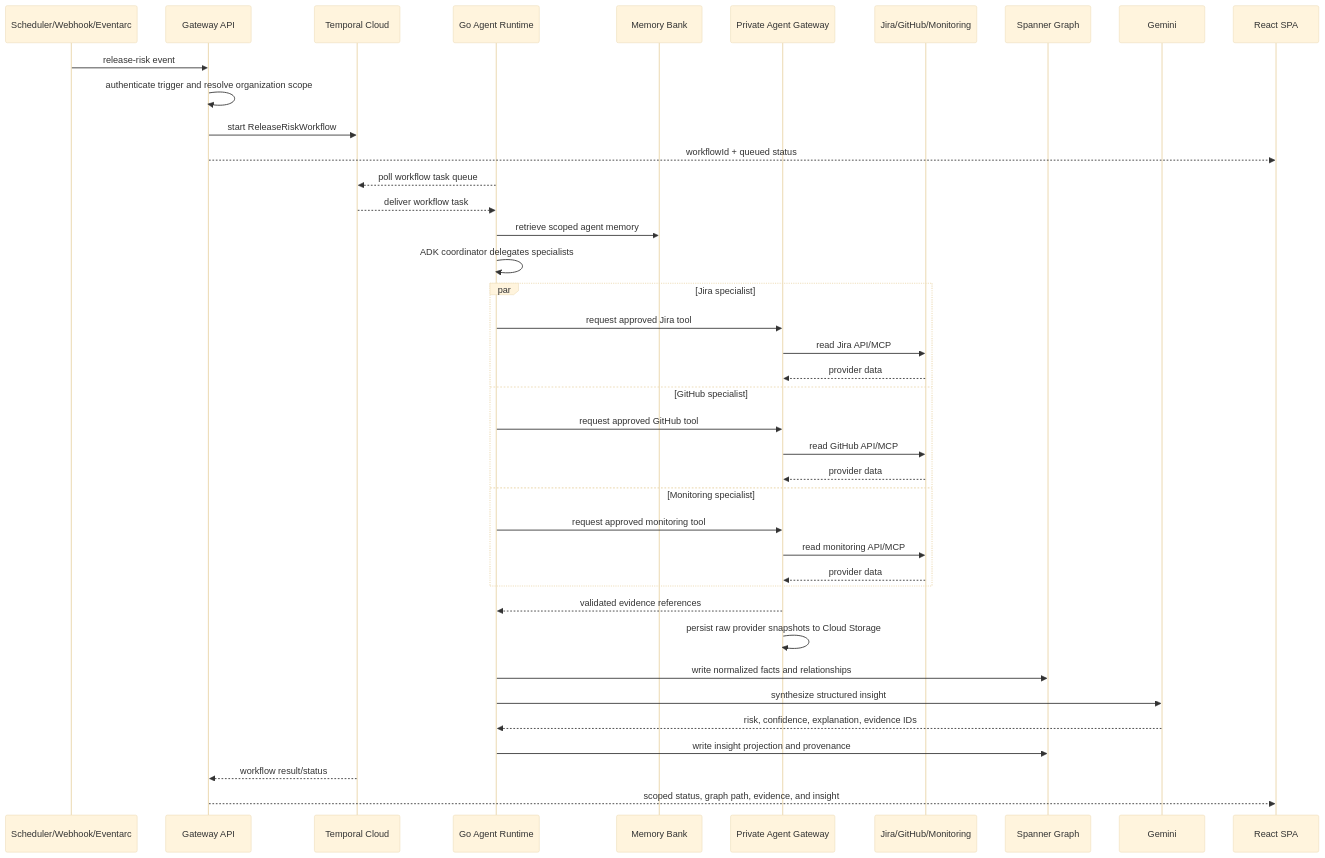
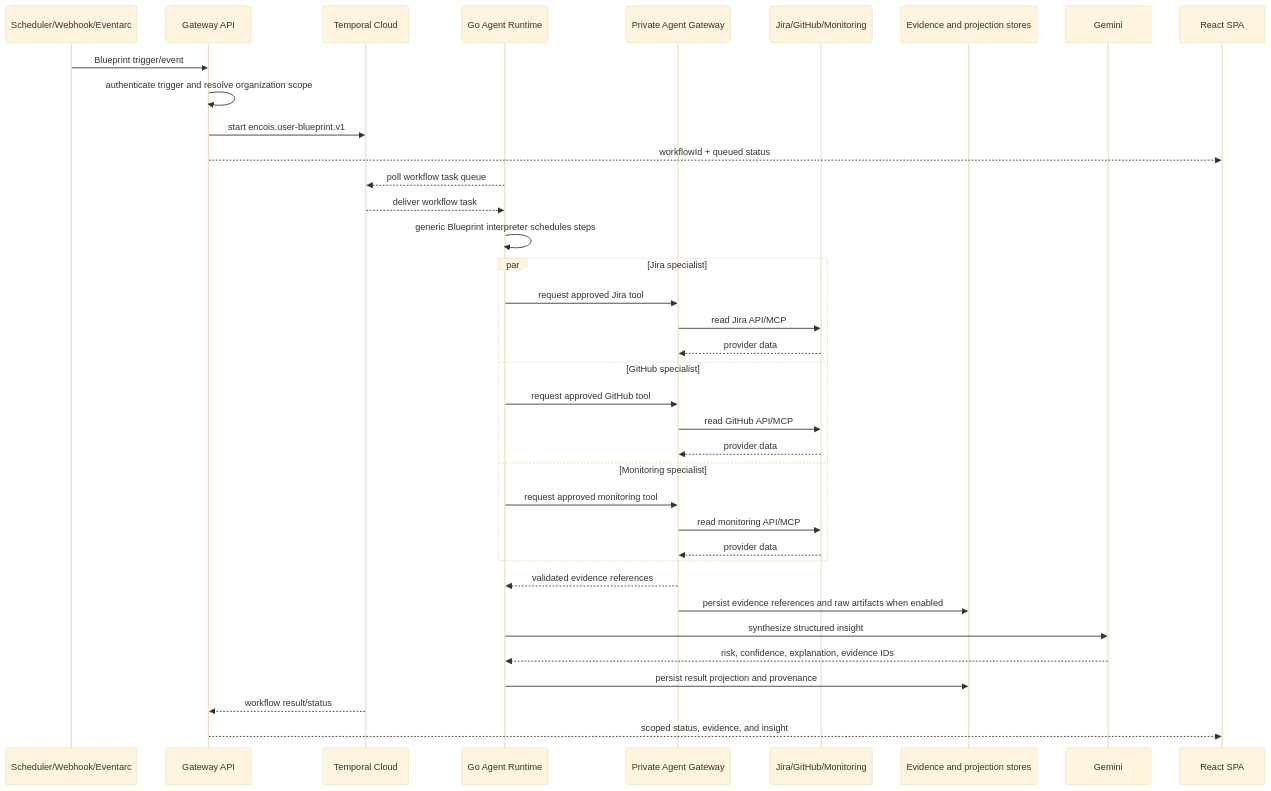
One commit to andriishupta/encois changed the second of 3 diagrams in docs/flows.md. Above: the diagram before and after it, drawn with Mermaid (base theme). The commit also changed other lines of this file and 59 other files, not shown here.

````diff
--- a/docs/flows.md
+++ b/docs/flows.md
@@ -157,45 +162,42 @@
 ```mermaid
 sequenceDiagram
     participant Trigger as Scheduler/Webhook/Eventarc
     participant API as Gateway API
     participant Temporal as Temporal Cloud
     participant Runtime as Go Agent Runtime
-    participant Memory as Memory Bank
     participant Gateway as Private Agent Gateway
     participant Sources as Jira/GitHub/Monitoring
-    participant Graph as Spanner Graph
+    participant Data as Evidence and projection stores
     participant Gemini as Gemini
     participant UI as React SPA
 
-    Trigger->>API: release-risk event
+    Trigger->>API: Blueprint trigger/event
     API->>API: authenticate trigger and resolve organization scope
-    API->>Temporal: start ReleaseRiskWorkflow
+    API->>Temporal: start encois.user-blueprint.v1
     API-->>UI: workflowId + queued status
     Runtime-->>Temporal: poll workflow task queue
     Temporal-->>Runtime: deliver workflow task
-    Runtime->>Memory: retrieve scoped agent memory
-    Runtime->>Runtime: ADK coordinator delegates specialists
+    Runtime->>Runtime: generic Blueprint interpreter schedules steps
 
     par Jira specialist
         Runtime->>Gateway: request approved Jira tool
         Gateway->>Sources: read Jira API/MCP
         Sources-->>Gateway: provider data
     and GitHub specialist
         Runtime->>Gateway: request approved GitHub tool
         Gateway->>Sources: read GitHub API/MCP
         Sources-->>Gateway: provider data
     and Monitoring specialist
         Runtime->>Gateway: request approved monitoring tool
         Gateway->>Sources: read monitoring API/MCP
         Sources-->>Gateway: provider data
     end
 
     Gateway-->>Runtime: validated evidence references
-    Gateway->>Gateway: persist raw provider snapshots to Cloud Storage
-    Runtime->>Graph: write normalized facts and relationships
+    Gateway->>Data: persist evidence references and raw artifacts when enabled
     Runtime->>Gemini: synthesize structured insight
     Gemini-->>Runtime: risk, confidence, explanation, evidence IDs
-    Runtime->>Graph: write insight projection and provenance
+    Runtime->>Data: persist result projection and provenance
     Temporal-->>API: workflow result/status
-    API-->>UI: scoped status, graph path, evidence, and insight
+    API-->>UI: scoped status, evidence, and insight
 ```
````
